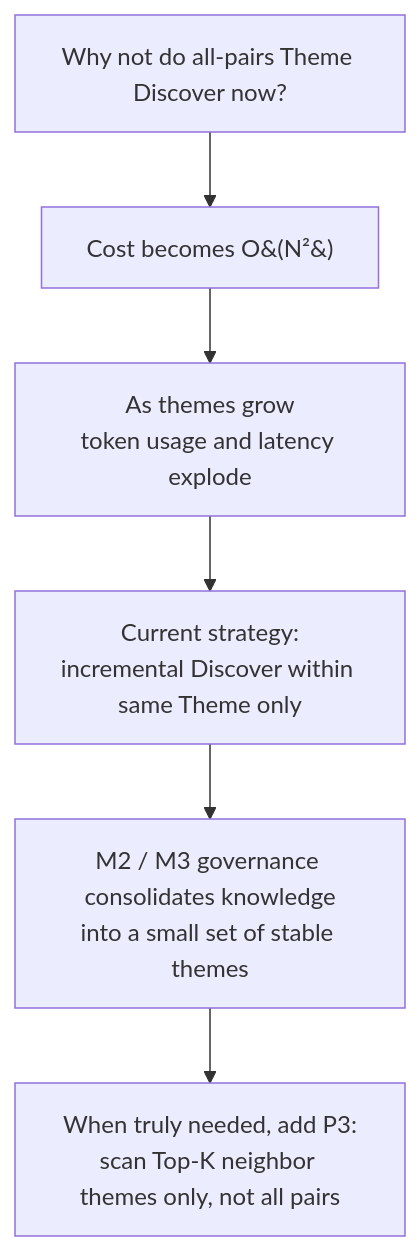
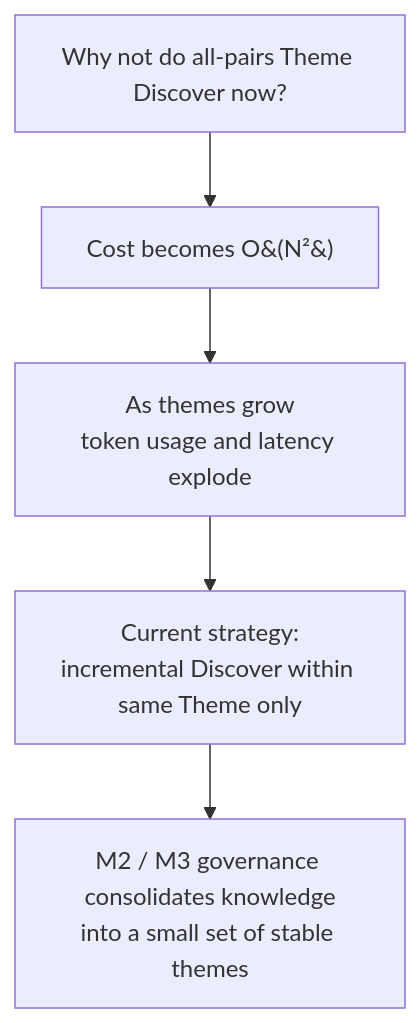
The third of 4 diagrams in README-EN.md (searchbb/knowledge-fabric), drawn with Mermaid before and after one commit. The commit also changed other lines of this file and 52 other files, not shown here.

````diff
--- a/README-EN.md
+++ b/README-EN.md
@@ -92,8 +101,7 @@
 ```mermaid
 flowchart TD
     A[Why not do all-pairs Theme Discover now?] --> B[Cost becomes O&#40;N²&#41;]
     B --> C[As themes grow<br/>token usage and latency explode]
     C --> D[Current strategy:<br/>incremental Discover within same Theme only]
     D --> E[M2 / M3 governance consolidates knowledge<br/>into a small set of stable themes]
-    E --> F[When truly needed, add P3:<br/>scan Top-K neighbor themes only, not all pairs]
 ```
````
